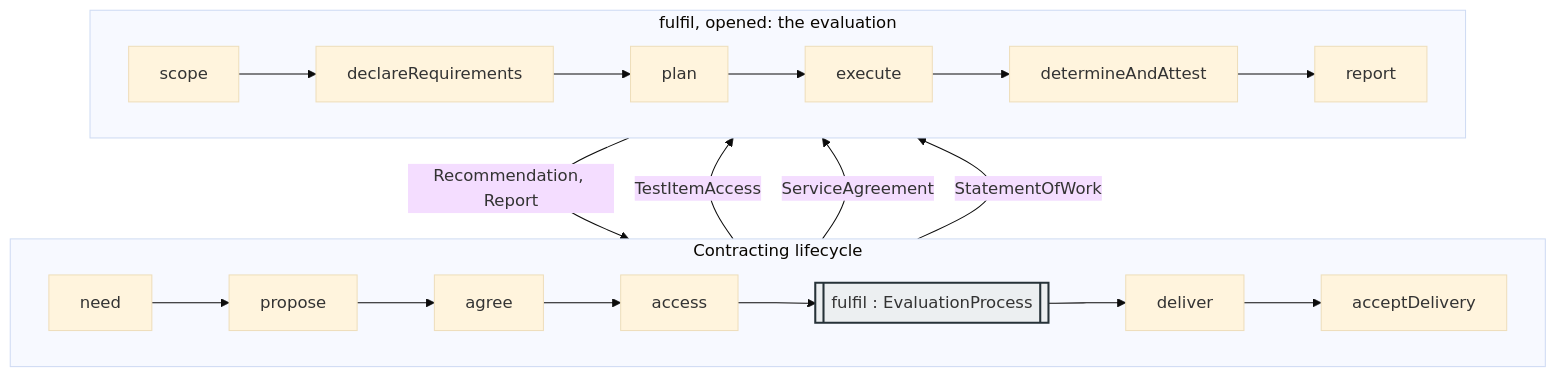
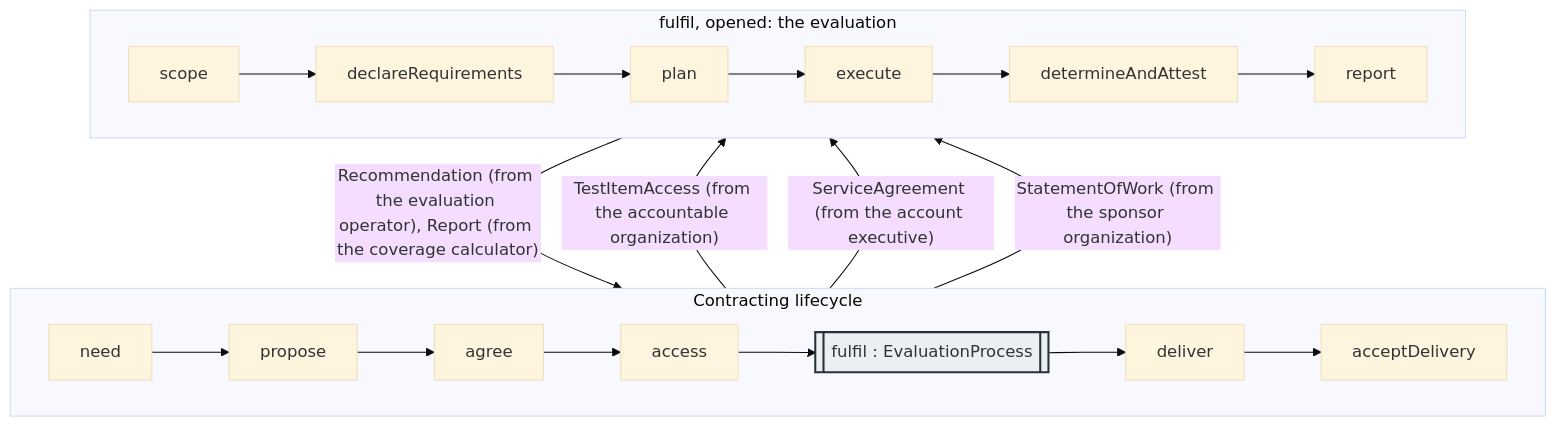
The diagram in generated/nesting.md (DynamicalSystemsGroup/og-caie-spec), drawn with Mermaid (base theme) before and after one commit. The commit also changed 28 other files, not shown here.

````diff
--- a/generated/nesting.md
+++ b/generated/nesting.md
@@ -1,17 +1,17 @@
 ```{mermaid}
 flowchart TB
   subgraph OUTER["Contracting lifecycle"]
     direction LR
     o_need[need] --> o_propose[propose] --> o_agree[agree] --> o_access[access] --> o_fulfil[["fulfil : EvaluationProcess"]] --> o_deliver[deliver] --> o_acceptDelivery[acceptDelivery]
   end
   subgraph INNER["fulfil, opened: the evaluation"]
     direction LR
     i_scope[scope] --> i_declareRequirements[declareRequirements] --> i_plan[plan] --> i_execute[execute] --> i_determineAndAttest[determineAndAttest] --> i_report[report]
   end
-  i_report -- "Recommendation, Report" --> o_deliver
-  o_access -- "TestItemAccess" --> i_execute
-  o_agree -- "ServiceAgreement" --> i_declareRequirements
-  o_agree -- "StatementOfWork" --> i_scope
+  i_report -- "Recommendation (from the evaluation operator), Report (from the coverage calculator)" --> o_deliver
+  o_access -- "TestItemAccess (from the accountable organization)" --> i_execute
+  o_agree -- "ServiceAgreement (from the account executive)" --> i_declareRequirements
+  o_agree -- "StatementOfWork (from the sponsor organization)" --> i_scope
   classDef black fill:#eceff1,stroke:#263238,stroke-width:2px;
   class o_fulfil black;
 ```
````
